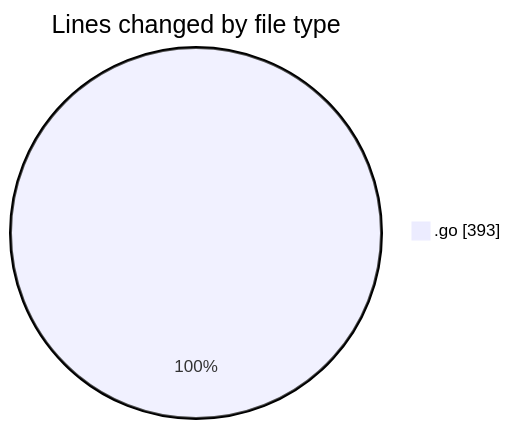
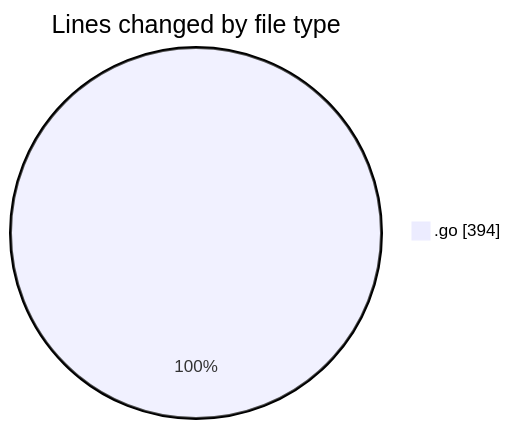
Before and after one commit to robertbonfada/code-tracking: the first of 2 diagrams in 2025-03-05/simulador/README.md, drawn with Mermaid. The commit also changed other lines of this file and 1 other file, not shown here.

````diff
--- a/2025-03-05/simulador/README.md
+++ b/2025-03-05/simulador/README.md
@@ -20,5 +20,5 @@
 ```mermaid
 pie showData
 title Lines changed by file type
-".go" : 393
+".go" : 394
 ```
````
